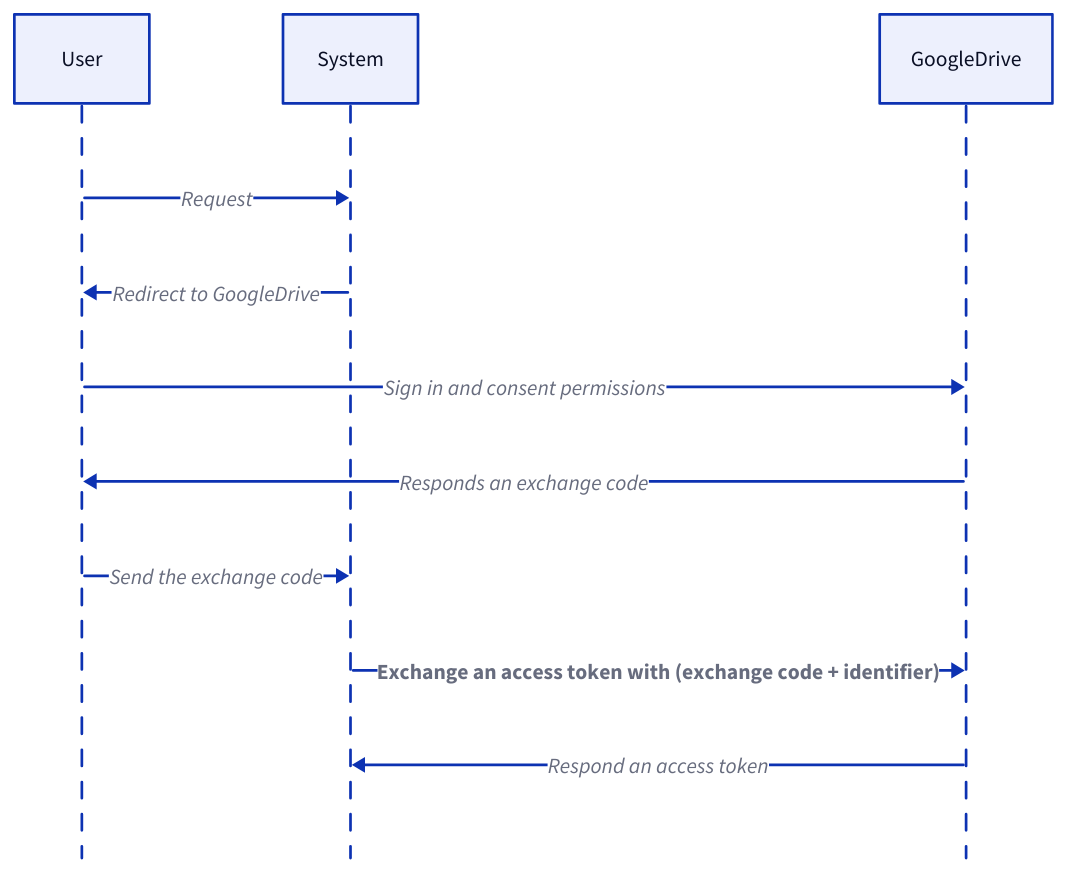
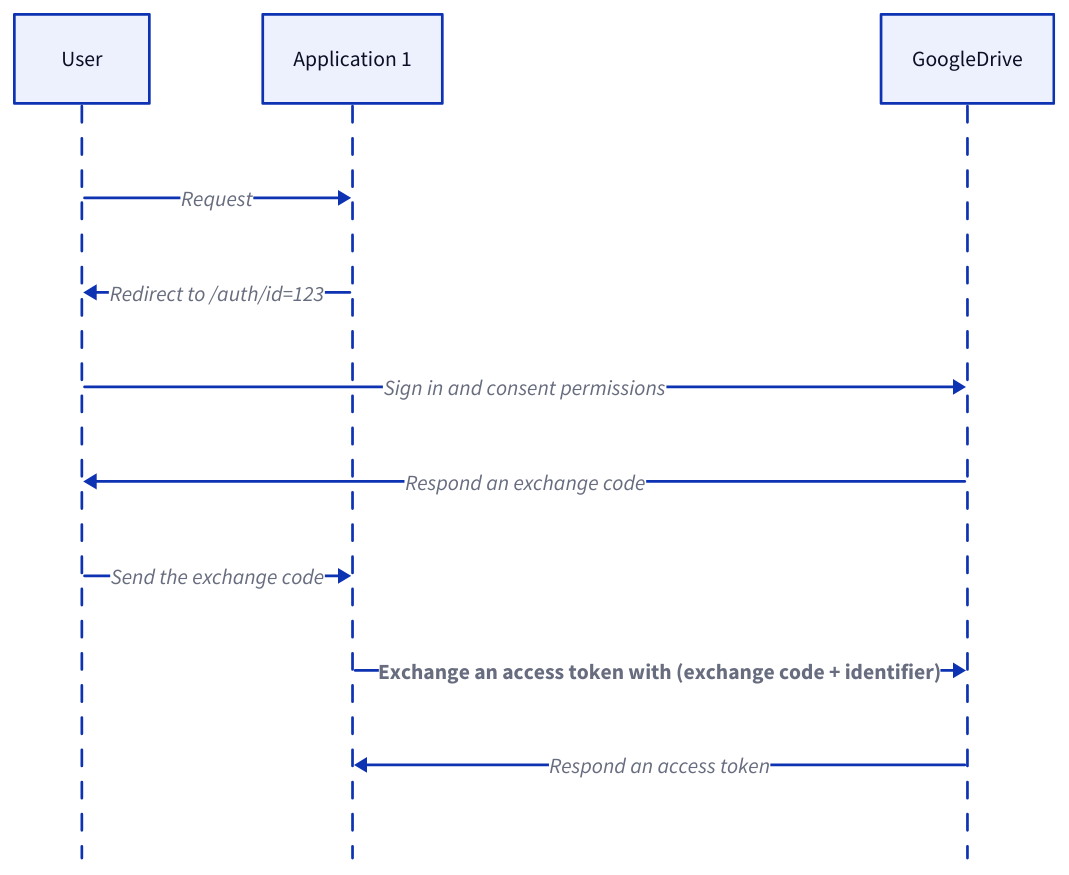
Before and after one commit to link1905/system-design-101: diagram 25 of 25 in content/docs/system-administration/system-protection/iam.md, drawn with D2. The commit also changed other lines of this file and 17 other files, not shown here.

````diff
--- a/content/docs/system-administration/system-protection/iam.md
+++ b/content/docs/system-administration/system-protection/iam.md
@@ -807,21 +897,21 @@
 ```d2
 shape: sequence_diagram
 u: User {
   class: client
 }
-s: System {
+s: Application 1 {
   class: server
 }
 g: GoogleDrive {
   class: google
 }
 u -> s: Request
-s -> u: Redirect to GoogleDrive
+s -> u: "Redirect to /auth/id=123"
 u -> g: Sign in and consent permissions
-g -> u: Responds an exchange code
+g -> u: Respond an exchange code
 u -> s: Send the exchange code
 s -> g: Exchange an access token with (exchange code + identifier) {
   style.bold: true
 }
 g -> s: Respond an access token
 ```
````
